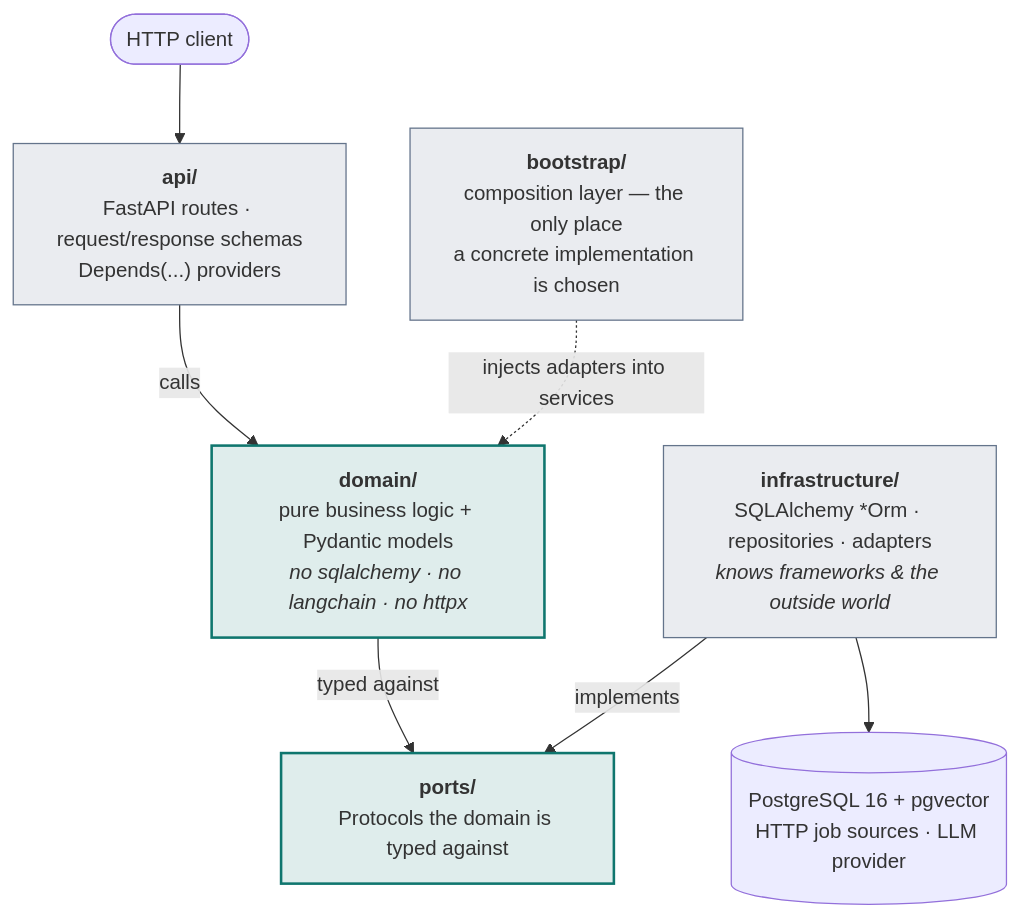
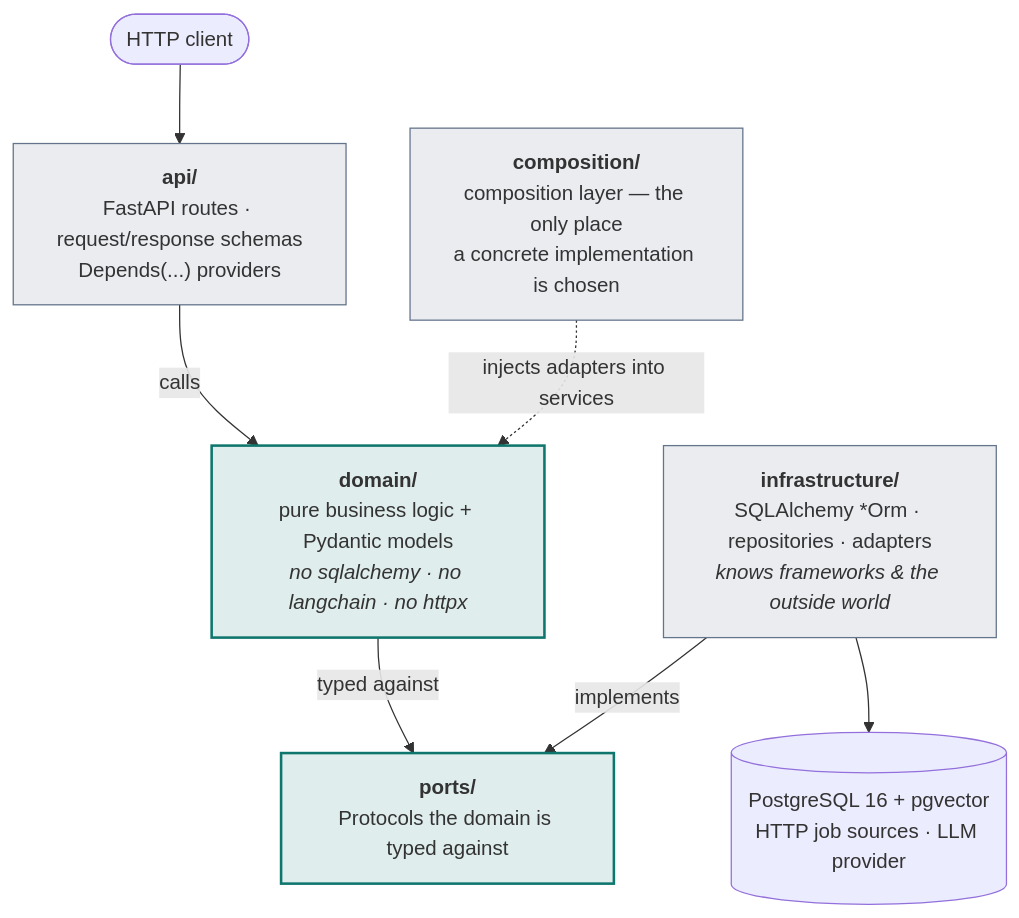
The first of 2 diagrams in backend/ARCHITECTURE.md (StevSant/HireSense), drawn with Mermaid before and after one commit. The commit also changed other lines of this file and 465 other files, not shown here.

````diff
--- a/backend/ARCHITECTURE.md
+++ b/backend/ARCHITECTURE.md
@@ -13,24 +30,24 @@
 ```mermaid
 flowchart TB
     client(["HTTP client"])
 
     api["<b>api/</b><br/>FastAPI routes · request/response schemas<br/>Depends(...) providers"]
     domain["<b>domain/</b><br/>pure business logic + Pydantic models<br/><i>no sqlalchemy · no langchain · no httpx</i>"]
     ports["<b>ports/</b><br/>Protocols the domain is typed against"]
     infra["<b>infrastructure/</b><br/>SQLAlchemy *Orm · repositories · adapters<br/><i>knows frameworks &amp; the outside world</i>"]
 
     outside[("PostgreSQL 16 + pgvector<br/>HTTP job sources · LLM provider")]
-    bootstrap["<b>bootstrap/</b><br/>composition layer — the only place<br/>a concrete implementation is chosen"]
+    composition["<b>composition/</b><br/>composition layer — the only place<br/>a concrete implementation is chosen"]
 
     client --> api
     api -->|calls| domain
     domain -->|typed against| ports
     infra -->|implements| ports
     infra --> outside
-    bootstrap -.->|injects adapters into services| domain
+    composition -.->|injects adapters into services| domain
 
     classDef pure fill:#0f766e22,stroke:#0f766e,stroke-width:2px
     classDef edge fill:#64748b22,stroke:#64748b
     class domain,ports pure
-    class api,infra,bootstrap edge
+    class api,infra,composition edge
 ```
````
